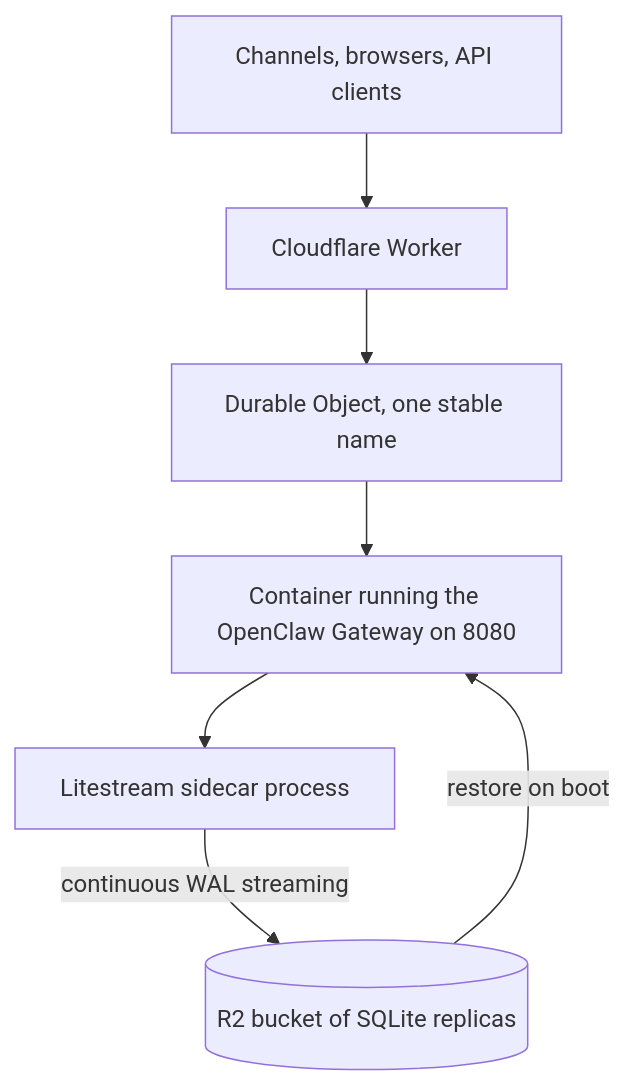
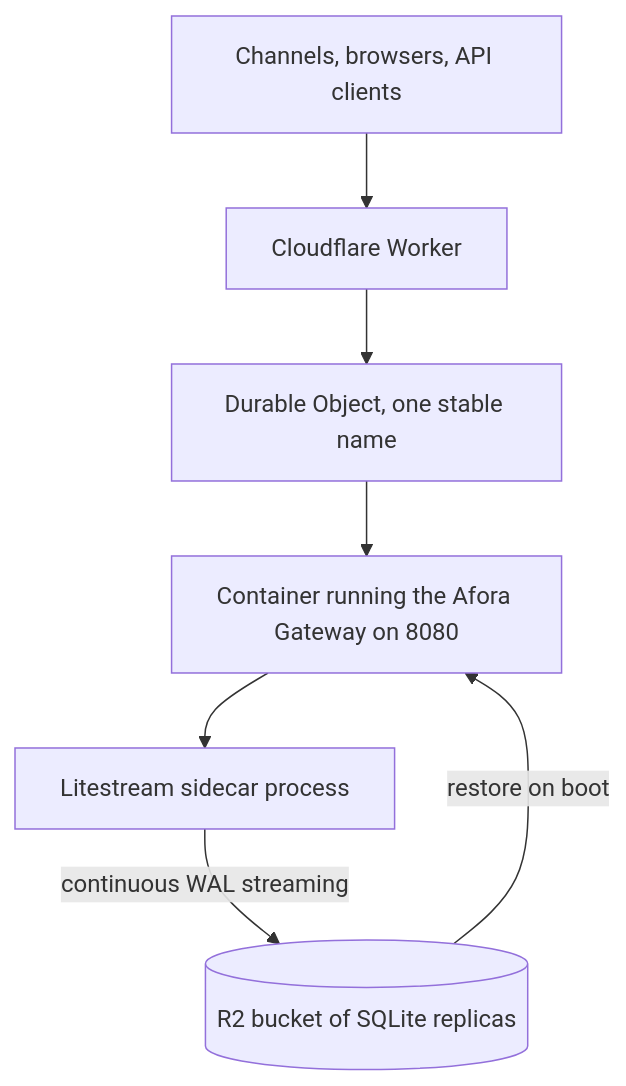
One commit to AforaMosh/afora-agent changed the diagram in docs/install/cloudflare.md. Above: the diagram before and after it, drawn with Mermaid. The commit also changed other lines of this file and 23191 other files, not shown here.

````diff
--- a/docs/install/cloudflare.md
+++ b/docs/install/cloudflare.md
@@ -30,16 +30,16 @@
 ```mermaid
 flowchart TD
     client[Channels, browsers, API clients]
     worker[Cloudflare Worker]
     durable[Durable Object, one stable name]
-    container[Container running the OpenClaw Gateway on 8080]
+    container[Container running the Afora Gateway on 8080]
     litestream[Litestream sidecar process]
     r2[(R2 bucket of SQLite replicas)]
 
     client --> worker
     worker --> durable
     durable --> container
     container --> litestream
     litestream -- continuous WAL streaming --> r2
     r2 -- restore on boot --> container
 ```
````
